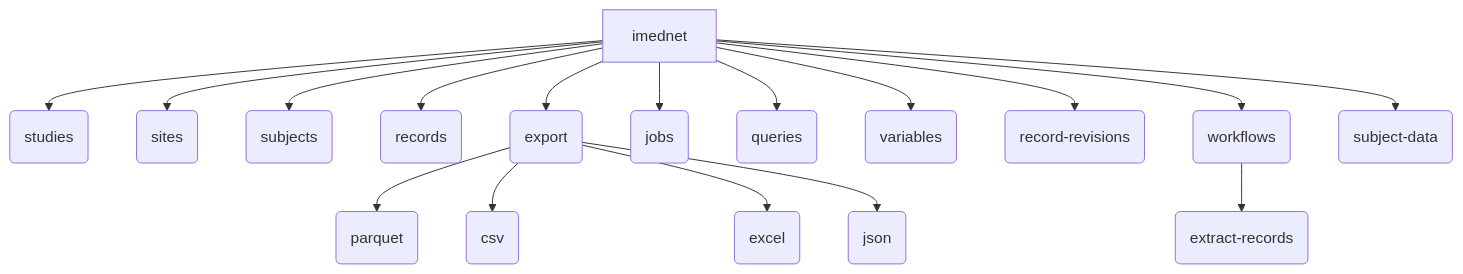
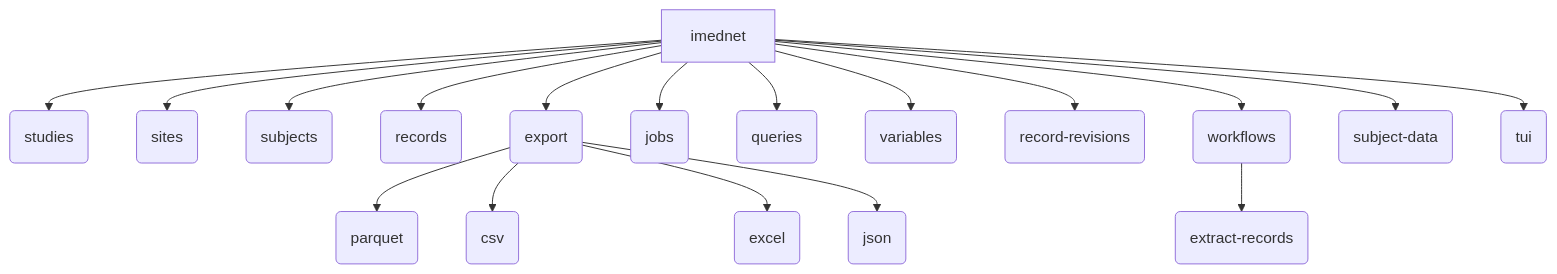
The diagram in docs/cli.rst (fderuiter/imednet-python-sdk), drawn with Mermaid before and after one commit. The commit also changed other lines of this file and 2 other files, not shown here.

First line of the commit message:
docs: document missing TUI command in README and CLI docs

```diff
--- a/docs/cli.rst
+++ b/docs/cli.rst
@@ -28,19 +28,20 @@
 .. mermaid::
 
    graph TD
        A[imednet] --> B(studies)
        A --> C(sites)
        A --> D(subjects)
        A --> E(records)
        A --> F(export)
        F --> F1(parquet)
        F --> F2(csv)
        F --> F3(excel)
        F --> F4(json)
        A --> G(jobs)
        A --> H(queries)
        A --> I(variables)
        A --> J("record-revisions")
        A --> K(workflows)
        K --> K1("extract-records")
        A --> L("subject-data")
+       A --> M(tui)
```
